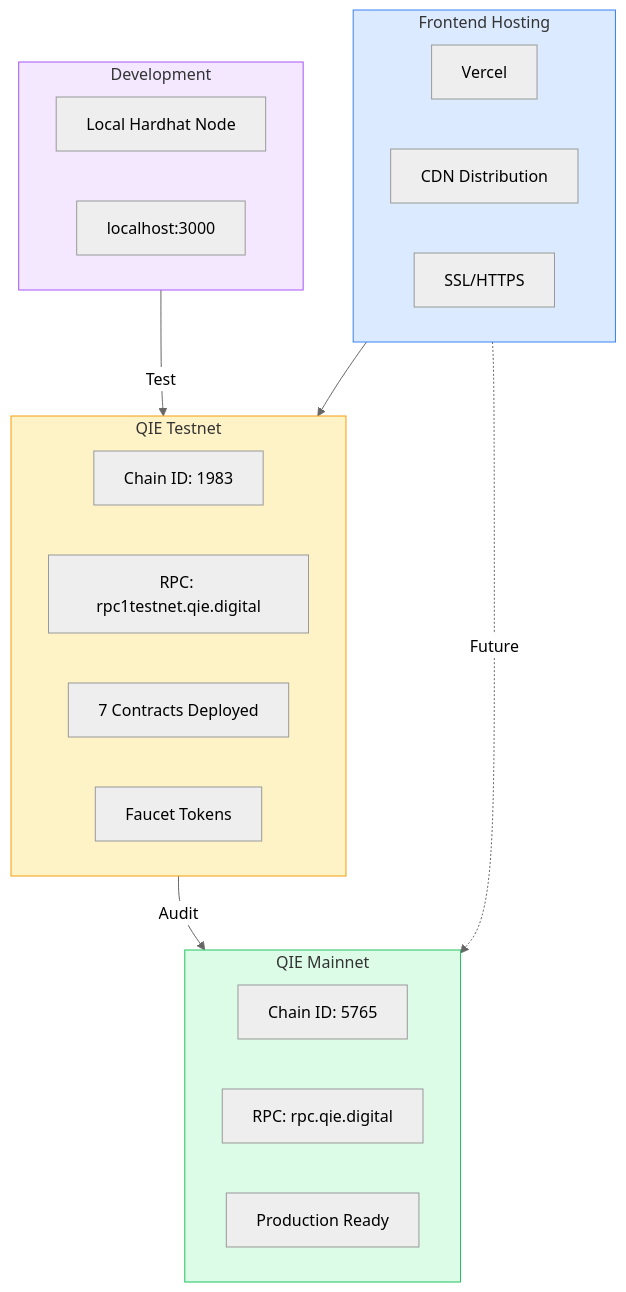
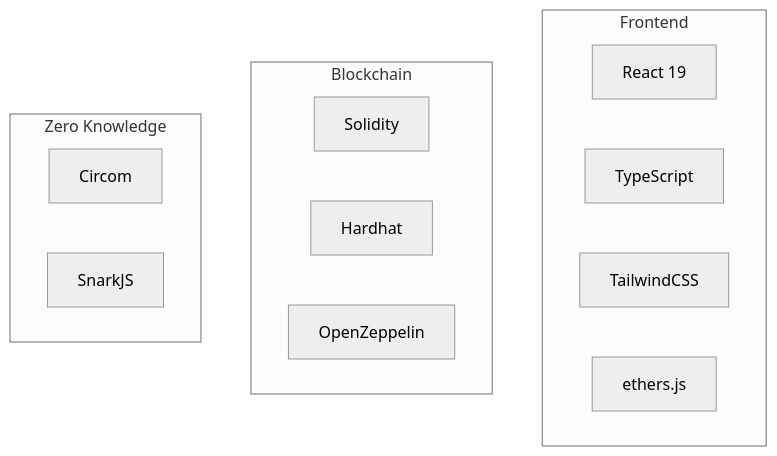
The ninth of 10 diagrams in Archiecture.md (yashodipmore/VeriChain-Identity-Protocol), drawn with Mermaid (neutral theme) before and after one commit. The commit also changed other lines of this file, not shown here.

````diff
--- a/Archiecture.md
+++ b/Archiecture.md
@@ -423,36 +154,20 @@
 ```mermaid
 flowchart TB
-    subgraph DEV["Development"]
-        D1[Local Hardhat Node]
-        D2[localhost:3000]
+    subgraph FRONTEND[Frontend]
+        A[React 19]
+        B[TypeScript]
+        C[TailwindCSS]
+        D[ethers.js]
     end
 
-    subgraph TEST["QIE Testnet"]
-        T1[Chain ID: 1983]
-        T2[RPC: rpc1testnet.qie.digital]
-        T3[7 Contracts Deployed]
-        T4[Faucet Tokens]
+    subgraph BLOCKCHAIN[Blockchain]
+        E[Solidity]
+        F[Hardhat]
+        G[OpenZeppelin]
     end
 
-    subgraph PROD["QIE Mainnet"]
-        P1[Chain ID: 5765]
-        P2[RPC: rpc.qie.digital]
-        P3[Production Ready]
+    subgraph ZK[Zero Knowledge]
+        H[Circom]
+        I[SnarkJS]
     end
-
-    subgraph FRONTEND["Frontend Hosting"]
-        F1[Vercel]
-        F2[CDN Distribution]
-        F3[SSL/HTTPS]
-    end
-
-    DEV -->|Test| TEST
-    TEST -->|Audit| PROD
-    FRONTEND --> TEST
-    FRONTEND -.->|Future| PROD
-
-    style DEV fill:#f3e8ff,stroke:#a855f7
-    style TEST fill:#fef3c7,stroke:#f59e0b
-    style PROD fill:#dcfce7,stroke:#22c55e
-    style FRONTEND fill:#dbeafe,stroke:#3b82f6
 ```
````
